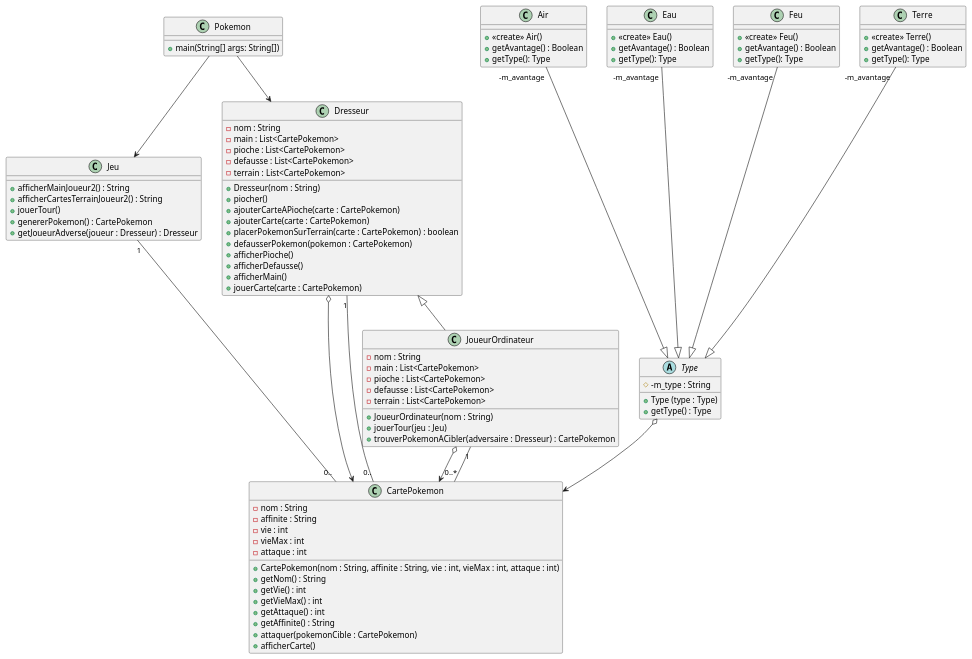
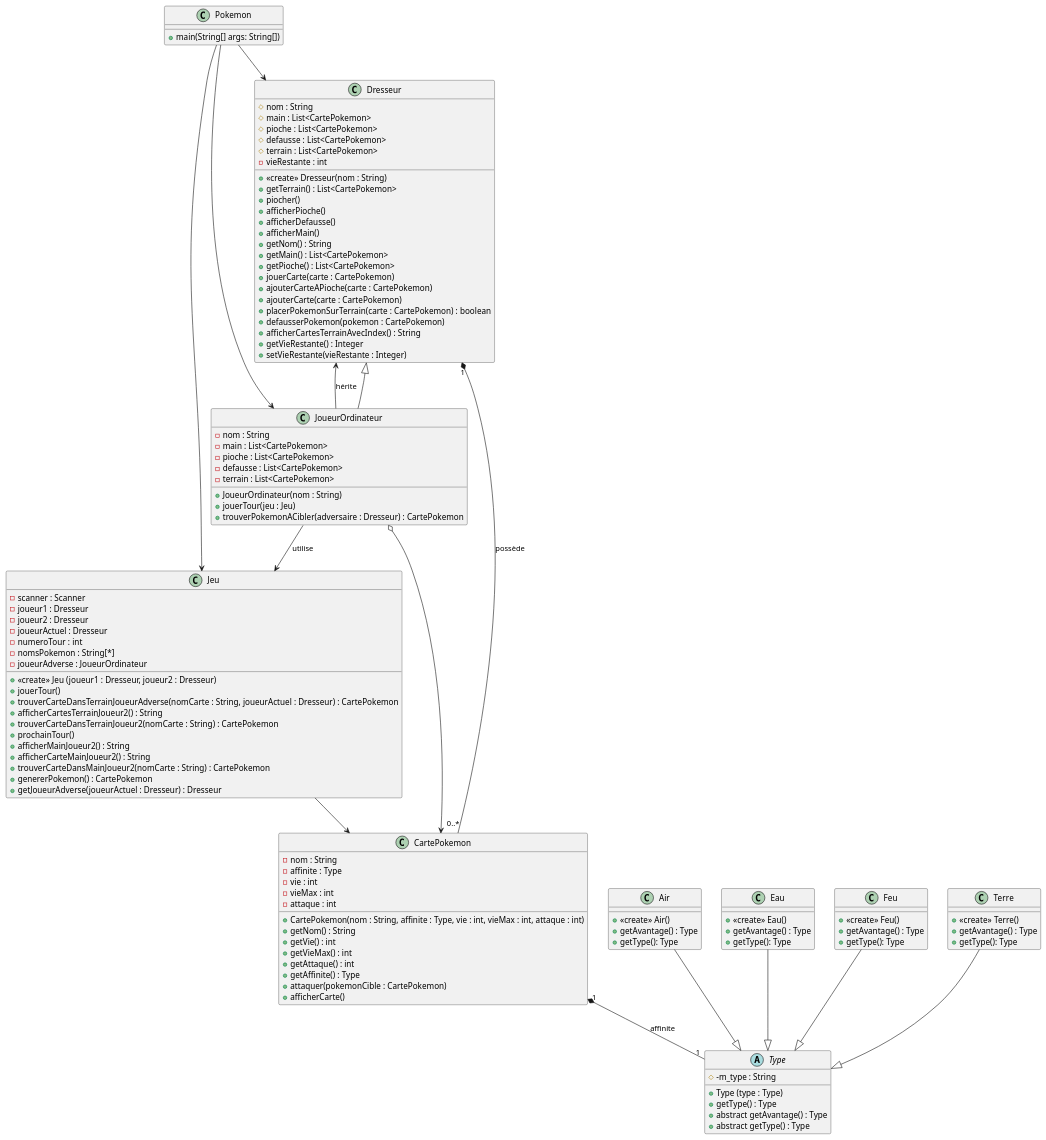
The diagram in uml/semaine2.puml (Maxlamor67/Pokemon_Java), drawn with PlantUML before and after one commit. The commit also changed 2 other files, not shown here.

Commit message:
uml de la semaine deux terminé

```diff
--- a/uml/semaine2.puml
+++ b/uml/semaine2.puml
@@ -1,107 +1,132 @@
 @startuml
 
 class Pokemon {
 + main(String[] args: String[])
 }
 
 class Jeu {
+- scanner : Scanner
+- joueur1 : Dresseur
+- joueur2 : Dresseur
+- joueurActuel : Dresseur
+- numeroTour : int
+- nomsPokemon : String[*]
+- joueurAdverse : JoueurOrdinateur
++ «create» Jeu (joueur1 : Dresseur, joueur2 : Dresseur)
++ jouerTour()
++ trouverCarteDansTerrainJoueurAdverse(nomCarte : String, joueurActuel : Dresseur) : CartePokemon
++ afficherCartesTerrainJoueur2() : String
++ trouverCarteDansTerrainJoueur2(nomCarte : String) : CartePokemon
++ prochainTour()
 + afficherMainJoueur2() : String
-+ afficherCartesTerrainJoueur2() : String
-+ jouerTour()
++ afficherCarteMainJoueur2() : String
++ trouverCarteDansMainJoueur2(nomCarte : String) : CartePokemon
 + genererPokemon() : CartePokemon
-+ getJoueurAdverse(joueur : Dresseur) : Dresseur
++ getJoueurAdverse(joueurActuel : Dresseur) : Dresseur
 }
 
+
 class Dresseur {
-- nom : String
-- main : List<CartePokemon>
-- pioche : List<CartePokemon>
-- defausse : List<CartePokemon>
-- terrain : List<CartePokemon>
-+ Dresseur(nom : String)
+# nom : String
+# main : List<CartePokemon>
+# pioche : List<CartePokemon>
+# defausse : List<CartePokemon>
+# terrain : List<CartePokemon>
+- vieRestante : int
++ «create» Dresseur(nom : String)
++ getTerrain() : List<CartePokemon>
 + piocher()
++ afficherPioche()
++ afficherDefausse()
++ afficherMain()
++ getNom() : String
++ getMain() : List<CartePokemon>
++ getPioche() : List<CartePokemon>
++ jouerCarte(carte : CartePokemon)
 + ajouterCarteAPioche(carte : CartePokemon)
 + ajouterCarte(carte : CartePokemon)
 + placerPokemonSurTerrain(carte : CartePokemon) : boolean
 + defausserPokemon(pokemon : CartePokemon)
-+ afficherPioche()
-+ afficherDefausse()
-+ afficherMain()
-+ jouerCarte(carte : CartePokemon)
++ afficherCartesTerrainAvecIndex() : String
++ getVieRestante() : Integer
++ setVieRestante(vieRestante : Integer)
+
 }
 
 class CartePokemon {
 - nom : String
-- affinite : String
+- affinite : Type
 - vie : int
 - vieMax : int
 - attaque : int
-+ CartePokemon(nom : String, affinite : String, vie : int, vieMax : int, attaque : int)
++ CartePokemon(nom : String, affinite : Type, vie : int, vieMax : int, attaque : int)
 + getNom() : String
 + getVie() : int
 + getVieMax() : int
 + getAttaque() : int
-+ getAffinite() : String
++ getAffinite() : Type
 + attaquer(pokemonCible : CartePokemon)
 + afficherCarte()
 }
 
-abstract class Type {
-#-m_type : String
-+ Type (type : Type)
-+ getType() : Type
-}
-
-class Air {
-+ «create» Air()
-+ getAvantage() : Boolean
-+ getType(): Type
-}
-
-class Eau {
-+ «create» Eau()
-+ getAvantage() : Boolean
-+ getType(): Type
-
-}
-
-class Feu {
-+ «create» Feu()
-+ getAvantage() : Boolean
-+ getType(): Type
-
-}
-
-class Terre {
-+ «create» Terre()
-+ getAvantage() : Boolean
-+ getType(): Type
-
-}
-
-class JoueurOrdinateur {
+class JoueurOrdinateur extends Dresseur {
 - nom : String
 - main : List<CartePokemon>
 - pioche : List<CartePokemon>
 - defausse : List<CartePokemon>
 - terrain : List<CartePokemon>
 + JoueurOrdinateur(nom : String)
 + jouerTour(jeu : Jeu)
 + trouverPokemonACibler(adversaire : Dresseur) : CartePokemon
 }
 
-Air " -m_avantage"---|> Type
-Terre " -m_avantage"---|> Type
-Eau " -m_avantage"---|> Type
-Feu " -m_avantage"---|> Type
-Type o--> CartePokemon
-Dresseur o--> CartePokemon
+
+
+abstract class Type {
+#-m_type : String
++ Type (type : Type)
++ getType() : Type
++ abstract getAvantage() : Type
++ abstract getType() : Type
+}
+
+class Air {
++ «create» Air()
++ getAvantage() : Type
++ getType(): Type
+}
+
+class Eau {
++ «create» Eau()
++ getAvantage() : Type
++ getType(): Type
+}
+
+class Feu {
++ «create» Feu()
++ getAvantage() : Type
++ getType(): Type
+}
+
+class Terre {
++ «create» Terre()
++ getAvantage() : Type
++ getType(): Type
+}
+
+
+
+Air --|> Type
+Terre --|> Type
+Eau --|> Type
+Feu --|> Type
+CartePokemon "1" *-- "1" Type : affinite
+Dresseur "1" *-- "0..*" CartePokemon : possède
+Pokemon --> JoueurOrdinateur
 Pokemon --> Dresseur
 Pokemon --> Jeu
+JoueurOrdinateur --> Jeu : utilise
 JoueurOrdinateur o--> CartePokemon
-Dresseur <|-- JoueurOrdinateur
-Jeu "1" -- "0.." CartePokemon
-Dresseur "1" -- "0.." CartePokemon
-JoueurOrdinateur "1" -- "0..*" CartePokemon
-
+JoueurOrdinateur --> Dresseur : hérite
+Jeu --> CartePokemon
 @enduml
```
